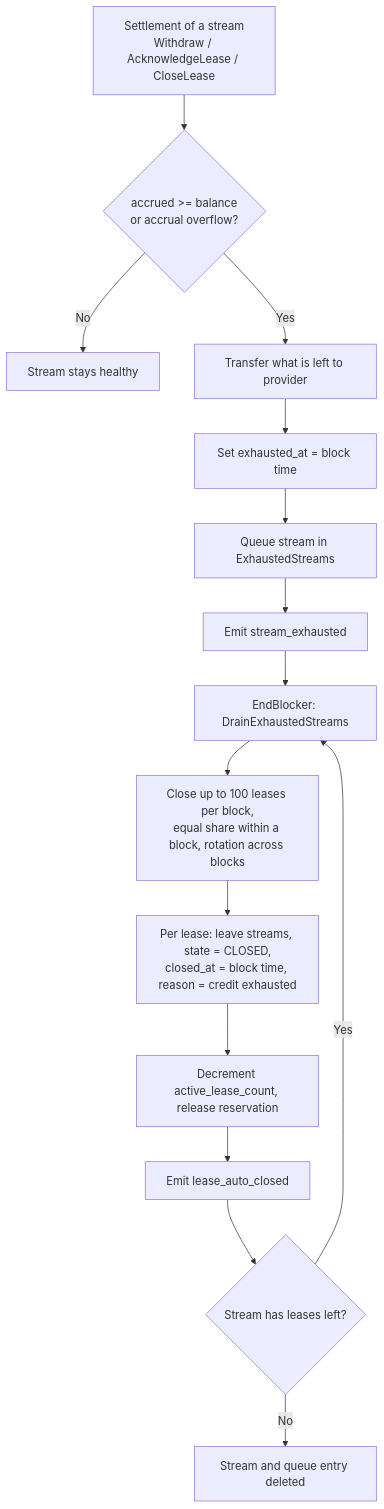
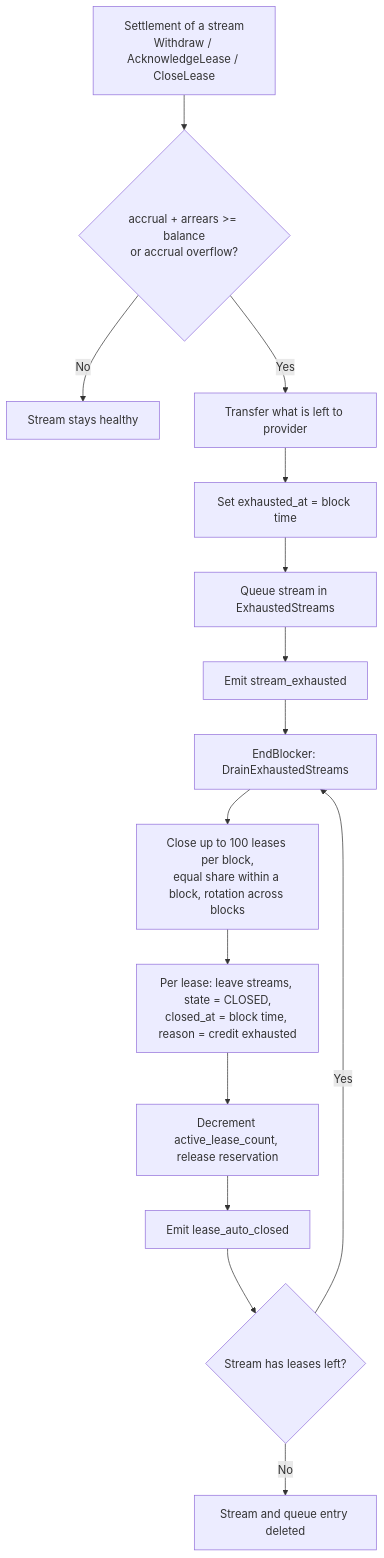
Before and after one commit to manifest-network/manifest-ledger: diagram 13 of 13 in x/billing/docs/ARCHITECTURE.md, drawn with Mermaid. The commit also changed other lines of this file and 24 other files, not shown here.

First line of the commit message:
fix(billing): keep unpaid amounts as stream arrears; migration moves no coins (ENG-473)

````diff
--- a/x/billing/docs/ARCHITECTURE.md
+++ b/x/billing/docs/ARCHITECTURE.md
@@ -768,17 +771,17 @@
 ```mermaid
 flowchart TD
-    A[Settlement of a stream<br/>Withdraw / AcknowledgeLease / CloseLease] --> B{accrued >= balance<br/>or accrual overflow?}
+    A[Settlement of a stream<br/>Withdraw / AcknowledgeLease / CloseLease] --> B{accrual + arrears >= balance<br/>or accrual overflow?}
     B -->|No| C[Stream stays healthy]
     B -->|Yes| D[Transfer what is left to provider]
     D --> E[Set exhausted_at = block time]
     E --> F[Queue stream in ExhaustedStreams]
     F --> G[Emit stream_exhausted]
     G --> H[EndBlocker: DrainExhaustedStreams]
     H --> I[Close up to 100 leases per block,<br/>equal share within a block, rotation across blocks]
     I --> J[Per lease: leave streams, state = CLOSED,<br/>closed_at = block time, reason = credit exhausted]
     J --> K[Decrement active_lease_count, release reservation]
     K --> L[Emit lease_auto_closed]
     L --> M{Stream has leases left?}
     M -->|Yes| H
     M -->|No| N[Stream and queue entry deleted]
 ```
````
